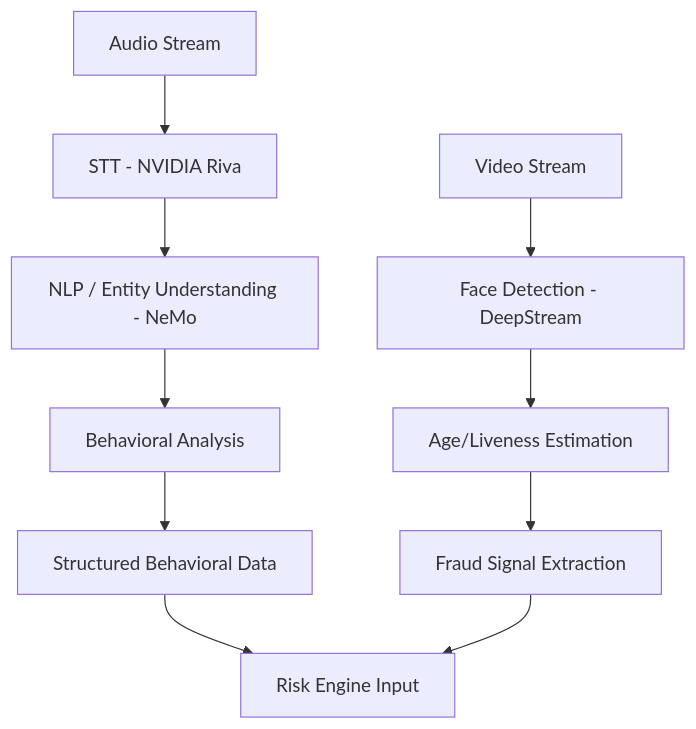
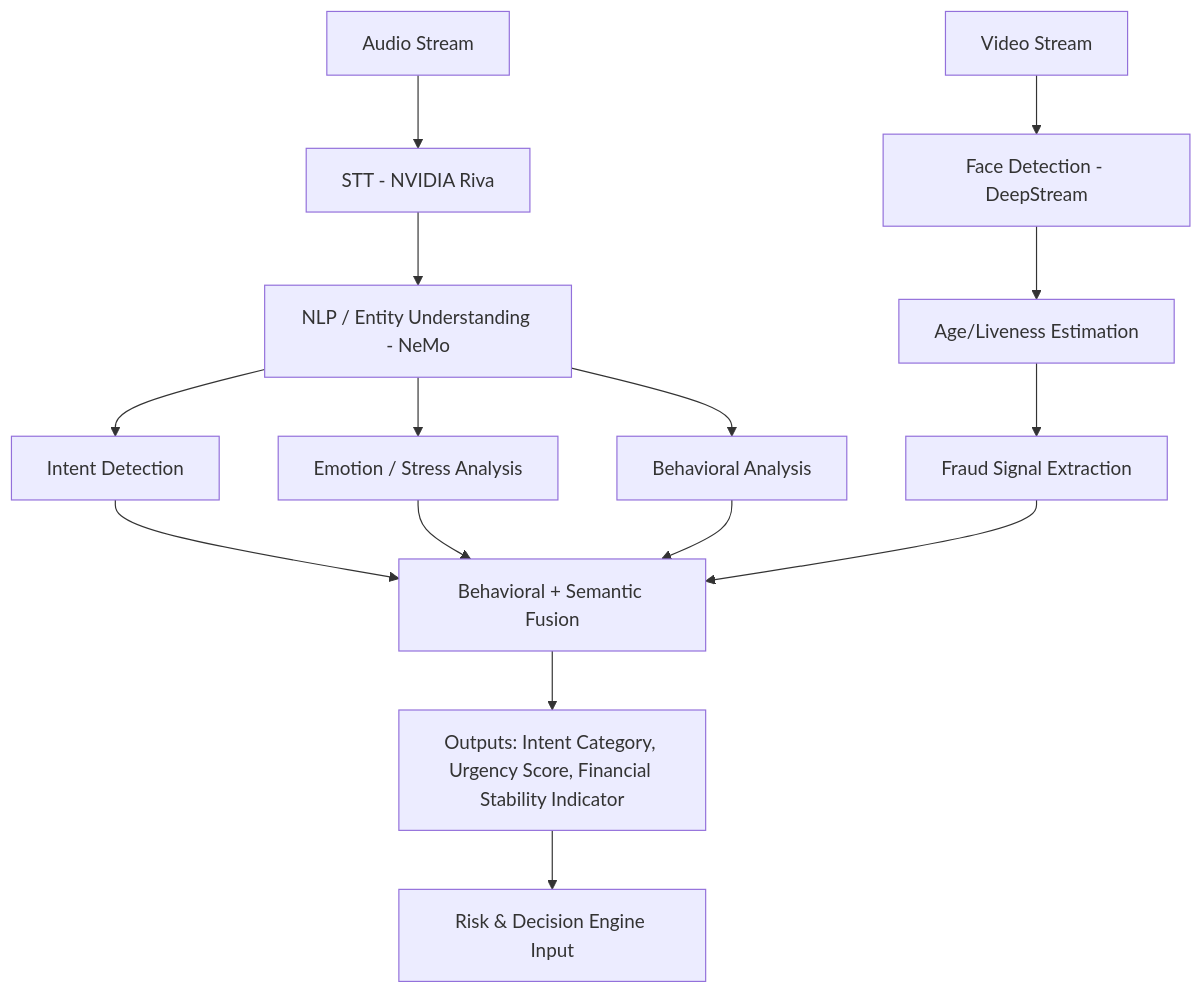
The second of 5 diagrams in docs/PRD.md (Chanu716/TrustLens-AI), drawn with Mermaid before and after one commit. The commit also changed other lines of this file and 1 other file, not shown here.

First line of the commit message:
Enhance PRD and README with intent-emotion, dynamic offers, and UI intelligence

````diff
--- a/docs/PRD.md
+++ b/docs/PRD.md
@@ -170,13 +229,18 @@
 ```mermaid
 flowchart TD
     A1[Audio Stream] --> A2[STT - NVIDIA Riva]
     A2 --> A3[NLP / Entity Understanding - NeMo]
+    A3 --> I1[Intent Detection]
+    A3 --> E1[Emotion / Stress Analysis]
+    I1 --> F1[Behavioral + Semantic Fusion]
+    E1 --> F1
     A3 --> A4[Behavioral Analysis]
-    A4 --> A5[Structured Behavioral Data]
-    A5 --> A6[Risk Engine Input]
+    A4 --> F1
 
     V1[Video Stream] --> V2[Face Detection - DeepStream]
     V2 --> V3[Age/Liveness Estimation]
     V3 --> V4[Fraud Signal Extraction]
-    V4 --> A6
+    V4 --> F1
+    F1 --> OI[Outputs: Intent Category, Urgency Score, Financial Stability Indicator]
+    OI --> A6[Risk & Decision Engine Input]
 ```
````
